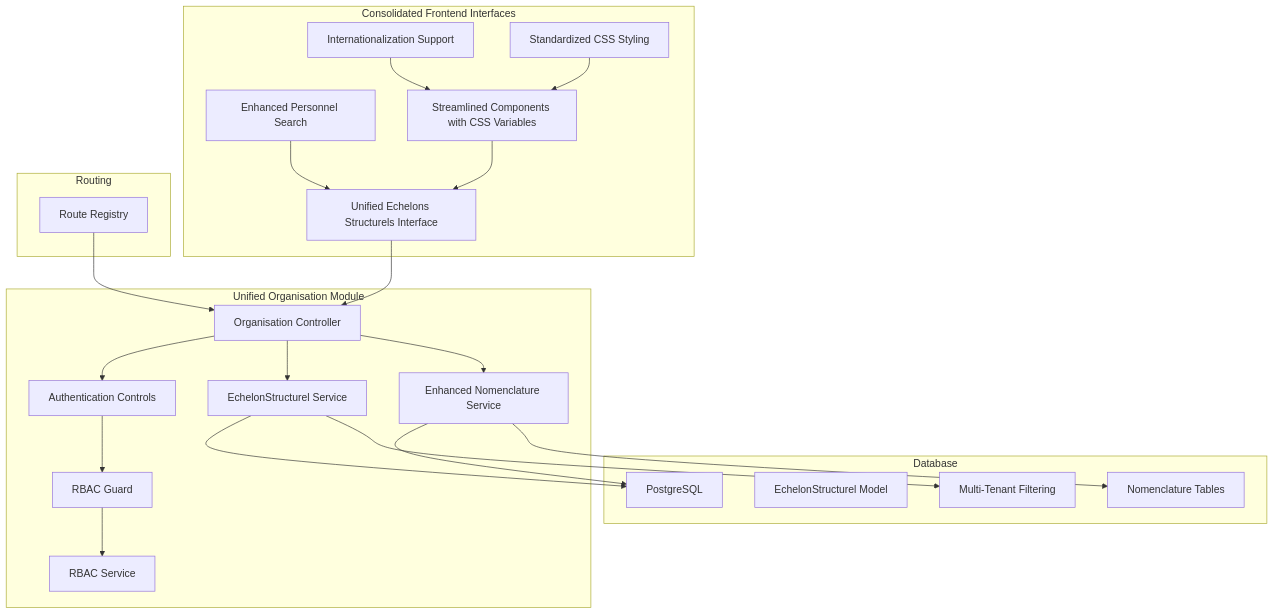
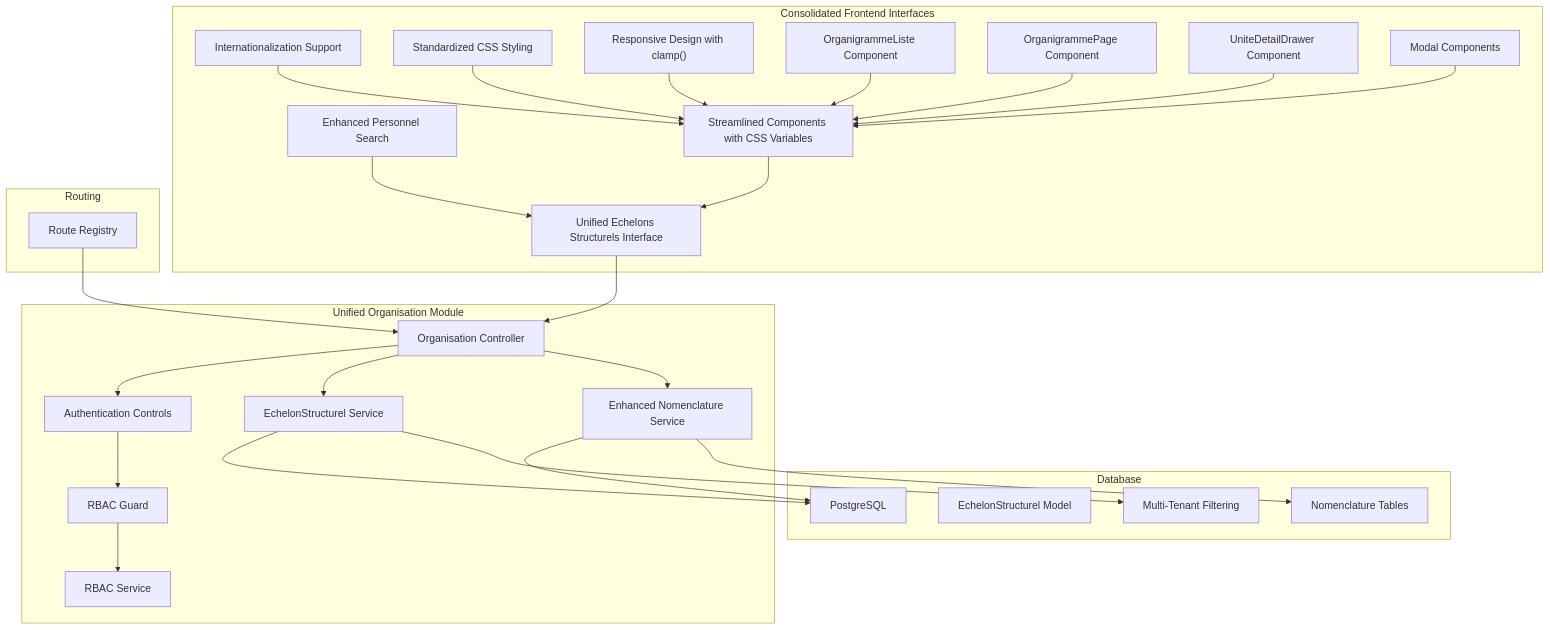
The first of 10 diagrams in .qoder/repowiki/en/content/Human Resources Management/Personnel Administration/Organizational Structure.md (franckylab/eLISAschool), drawn with Mermaid before and after one commit. The commit also changed other lines of this file and 24 other files, not shown here.

````diff
--- a/.qoder/repowiki/en/content/Human Resources Management/Personnel Administration/Organizational Structure.md
+++ b/.qoder/repowiki/en/content/Human Resources Management/Personnel Administration/Organizational Structure.md
@@ -52,42 +52,52 @@
 ```mermaid
 graph TB
 subgraph "Database"
 DB["PostgreSQL"]
 EchelonStruct["EchelonStructurel Model"]
 NomenclatureTables["Nomenclature Tables"]
 MultiTenant["Multi-Tenant Filtering"]
 end
 subgraph "Unified Organisation Module"
 OrgCtrl["Organisation Controller"]
 EchelonSvc["EchelonStructurel Service"]
 NomenclatureSvc["Enhanced Nomenclature Service"]
 RbacGuard["RBAC Guard"]
 RbacSvc["RBAC Service"]
 AuthControl["Authentication Controls"]
 end
 subgraph "Consolidated Frontend Interfaces"
 UnifiedInterface["Unified Echelons Structurels Interface"]
 EnhancedSearch["Enhanced Personnel Search"]
 StreamlinedComponents["Streamlined Components with CSS Variables"]
 I18nSupport["Internationalization Support"]
 StandardizedStyling["Standardized CSS Styling"]
+ResponsiveDesign["Responsive Design with clamp()"]
+OrganigrammeListe["OrganigrammeListe Component"]
+OrganigrammePage["OrganigrammePage Component"]
+UniteDetailDrawer["UniteDetailDrawer Component"]
+ModalComponents["Modal Components"]
 end
 subgraph "Routing"
 Router["Route Registry"]
 end
 Router --> OrgCtrl
 OrgCtrl --> AuthControl
 AuthControl --> RbacGuard
 RbacGuard --> RbacSvc
 OrgCtrl --> EchelonSvc
 OrgCtrl --> NomenclatureSvc
 EchelonSvc --> DB
 EchelonSvc --> MultiTenant
 NomenclatureSvc --> DB
 NomenclatureSvc --> NomenclatureTables
 UnifiedInterface --> OrgCtrl
 EnhancedSearch --> UnifiedInterface
 StreamlinedComponents --> UnifiedInterface
 StandardizedStyling --> StreamlinedComponents
+ResponsiveDesign --> StreamlinedComponents
 I18nSupport --> StreamlinedComponents
+OrganigrammeListe --> StreamlinedComponents
+OrganigrammePage --> StreamlinedComponents
+UniteDetailDrawer --> StreamlinedComponents
+ModalComponents --> StreamlinedComponents
 ```
````
